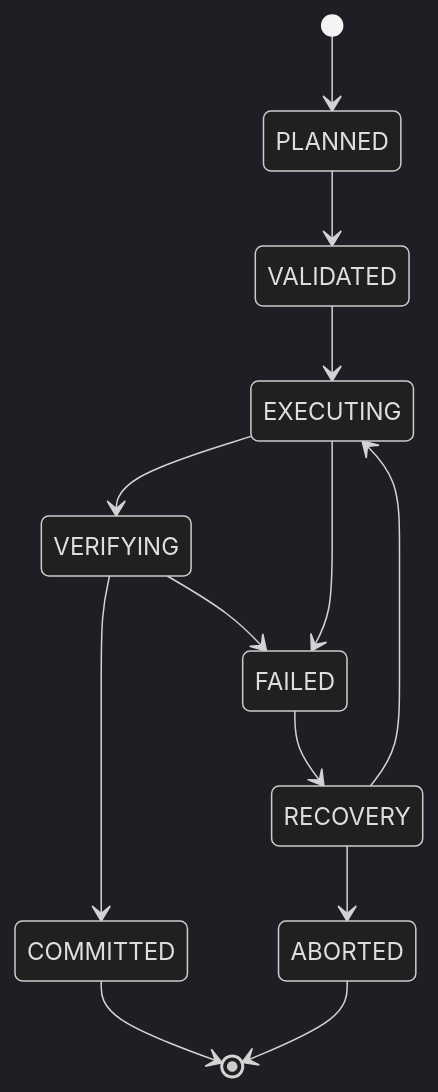
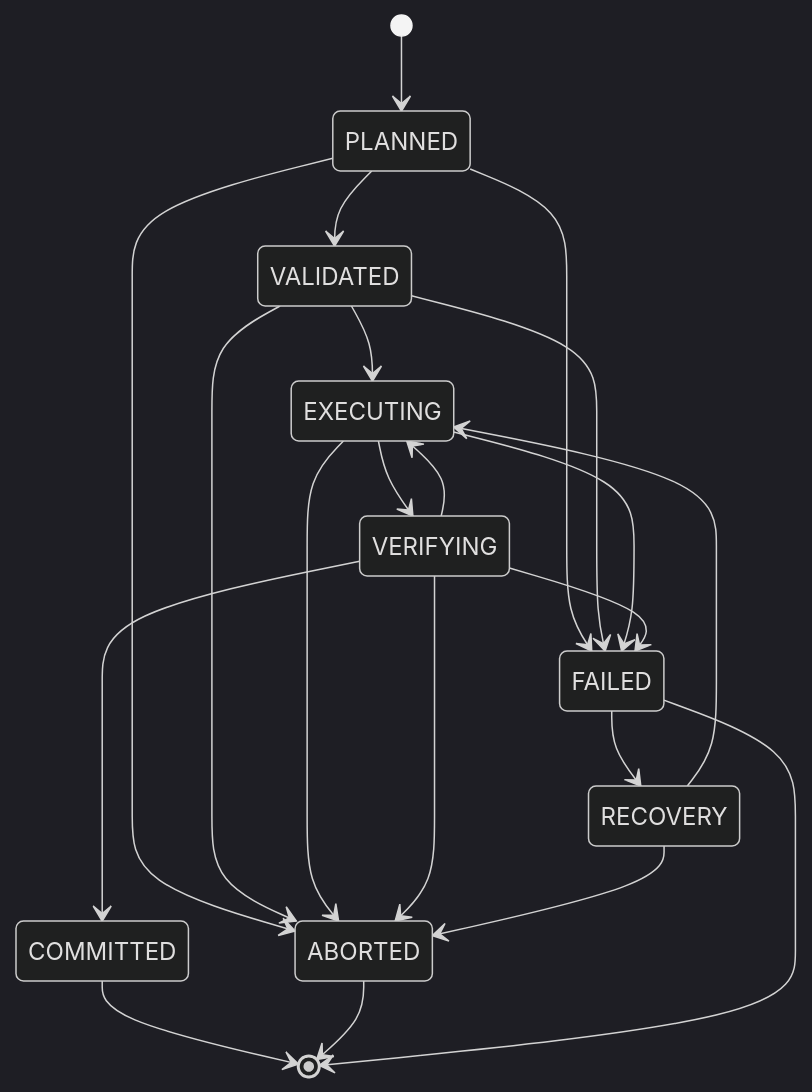
Before and after one commit to evan1ee/sw-mcp: the diagram in docs/architecture/execution-engine.md, drawn with Mermaid (dark theme). The commit also changed other lines of this file and 37 other files, not shown here.

First line of the commit message:
docs: record core architectural principles (spec 1.23, ADR-054)

````diff
--- a/docs/architecture/execution-engine.md
+++ b/docs/architecture/execution-engine.md
@@ -55,15 +55,23 @@
 ```mermaid
 stateDiagram-v2
     [*] --> PLANNED
     PLANNED --> VALIDATED
     VALIDATED --> EXECUTING
     EXECUTING --> VERIFYING
     VERIFYING --> COMMITTED
+    VERIFYING --> EXECUTING
+    PLANNED --> FAILED
+    VALIDATED --> FAILED
     EXECUTING --> FAILED
     VERIFYING --> FAILED
+    PLANNED --> ABORTED
+    VALIDATED --> ABORTED
+    EXECUTING --> ABORTED
+    VERIFYING --> ABORTED
     FAILED --> RECOVERY
     RECOVERY --> EXECUTING
     RECOVERY --> ABORTED
     COMMITTED --> [*]
     ABORTED --> [*]
+    FAILED --> [*]
 ```
````
